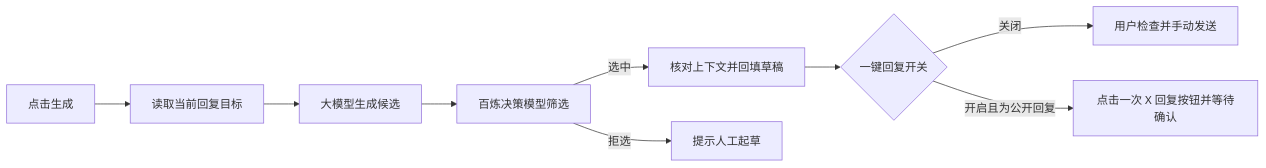
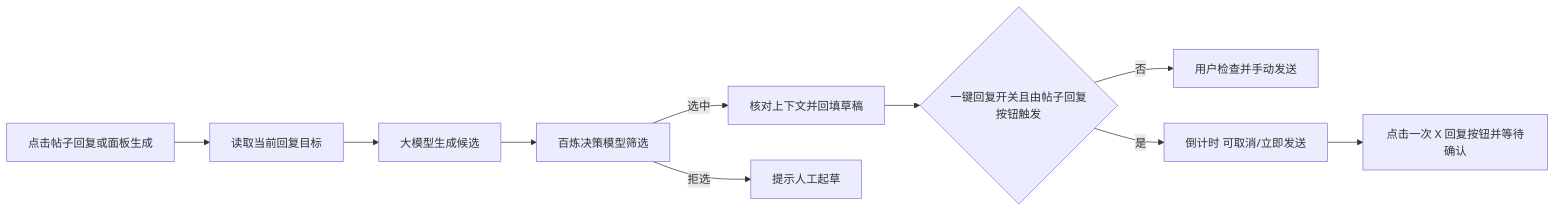
Before and after one commit to xForMe/x-quick-reply: the diagram in readMe.md, drawn with Mermaid. The commit also changed other lines of this file and 19 other files, not shown here.

````diff
--- a/readMe.md
+++ b/readMe.md
@@ -40,11 +40,12 @@
 ```mermaid
 flowchart LR
-    A[点击生成] --> B[读取当前回复目标]
+    A[点击帖子回复或面板生成] --> B[读取当前回复目标]
     B --> C[大模型生成候选]
     C --> D[百炼决策模型筛选]
     D -->|选中| E[核对上下文并回填草稿]
     D -->|拒选| F[提示人工起草]
-    E --> G{一键回复开关}
-    G -->|关闭| H[用户检查并手动发送]
-    G -->|开启且为公开回复| I[点击一次 X 回复按钮并等待确认]
+    E --> G{一键回复开关且由帖子回复按钮触发}
+    G -->|否| H[用户检查并手动发送]
+    G -->|是| J[倒计时 可取消/立即发送]
+    J --> I[点击一次 X 回复按钮并等待确认]
 ```
````
